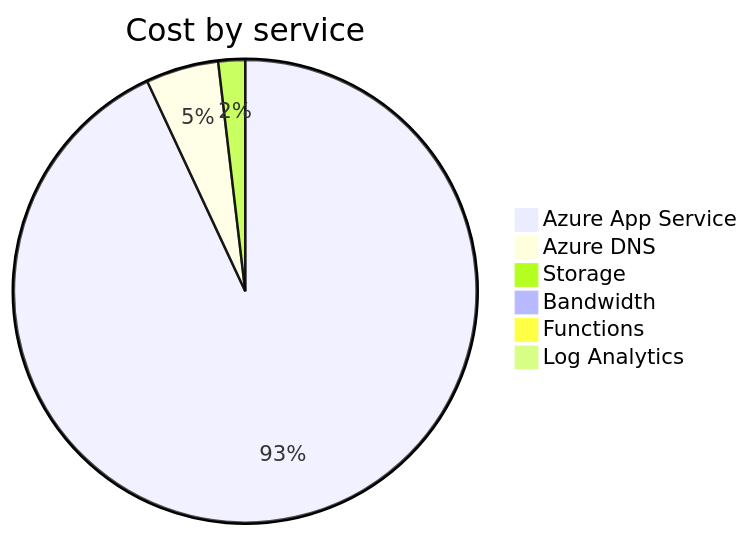
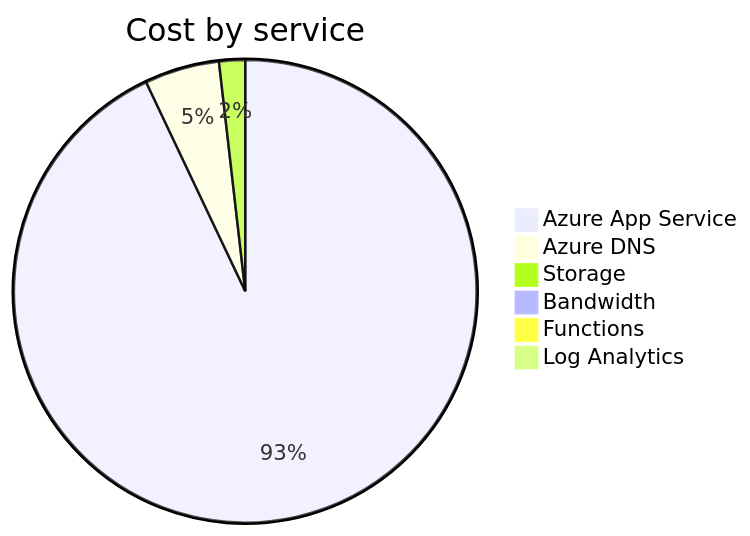
The second of 4 diagrams in cost-reports/accumulated-cost.md (jpfulton/azure-personal-reports), drawn with Mermaid before and after one commit. The commit also changed other lines of this file and 4 other files, not shown here.

````diff
--- a/cost-reports/accumulated-cost.md
+++ b/cost-reports/accumulated-cost.md
@@ -100,10 +100,10 @@
 ```mermaid
 pie
    title Cost by service
-   "Azure App Service" : 3.48
-   "Azure DNS" : 0.19
-   "Storage" : 0.07
+   "Azure App Service" : 4.09
+   "Azure DNS" : 0.23
+   "Storage" : 0.08
    "Bandwidth" : 0.00
    "Functions" : 0.00
    "Log Analytics" : 0.00
 ```
````
